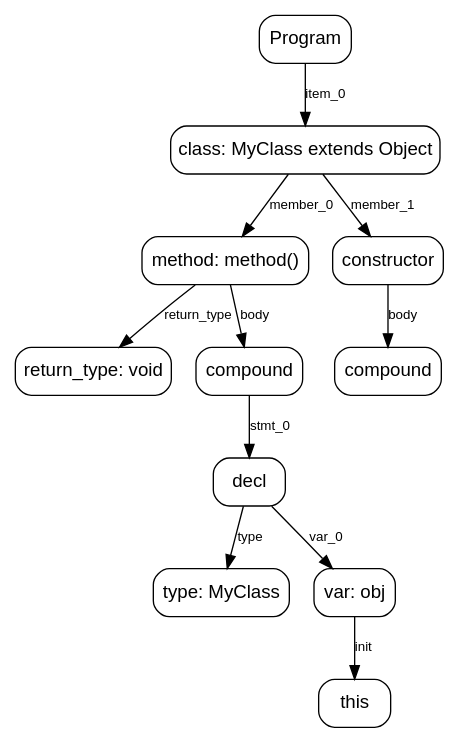
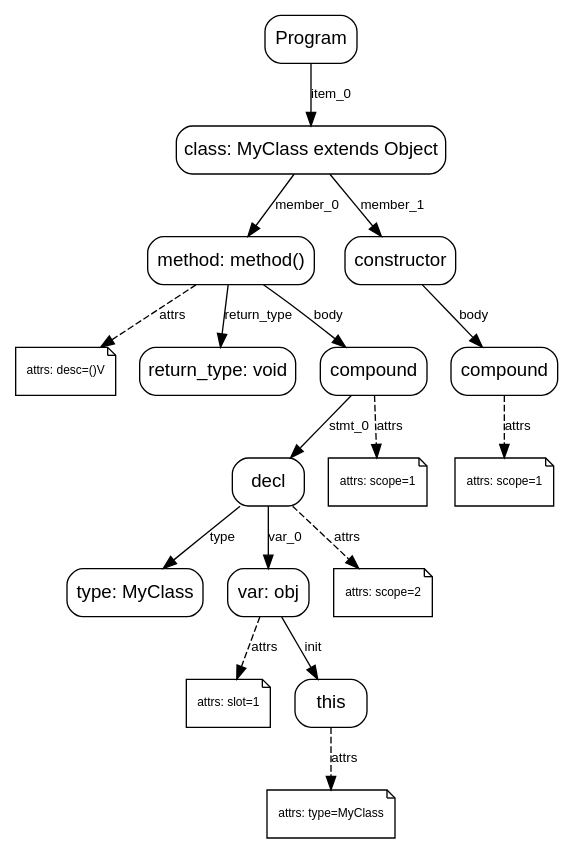
One commit to urnurii/d_language_compiler changed the diagram in full_parser/tests_syntax/test_results/test_this.dot. Above: the diagram before and after it, drawn with Graphviz. The commit also changed 107 other files, not shown here.

```diff
--- a/full_parser/tests_syntax/test_results/test_this.dot
+++ b/full_parser/tests_syntax/test_results/test_this.dot
@@ -1,29 +1,41 @@
 digraph AST {
     rankdir=TB;
     node [shape=box, style=rounded, fontname="Arial"];
     edge [fontname="Arial", fontsize=10];
 
     node_0 [label="Program"];
     node_1 [label="class: MyClass extends Object"];
     node_3 [label="method: method()"];
-    node_4 [label="return_type: void"];
-    node_3 -> node_4 [label="return_type"];
-    node_5 [label="compound"];
-    node_6 [label="decl"];
-    node_6 [label="decl"];
-    node_7 [label="type: MyClass"];
-    node_6 -> node_7 [label="type"];
-    node_8 [label="var: obj"];
-    node_6 -> node_8 [label="var_0"];
-    node_9 [label="this"];
-    node_9 [label="this"];
-    node_8 -> node_9 [label="init"];
-    node_5 -> node_6 [label="stmt_0"];
-    node_3 -> node_5 [label="body"];
+    node_4 [label="attrs: desc=()V", shape=note, fontsize=9];
+    node_3 -> node_4 [style=dashed, label="attrs"];
+    node_5 [label="return_type: void"];
+    node_3 -> node_5 [label="return_type"];
+    node_6 [label="compound"];
+    node_7 [label="decl"];
+    node_7 [label="decl"];
+    node_8 [label="type: MyClass"];
+    node_7 -> node_8 [label="type"];
+    node_9 [label="var: obj"];
+    node_7 -> node_9 [label="var_0"];
+    node_10 [label="attrs: slot=1", shape=note, fontsize=9];
+    node_9 -> node_10 [style=dashed, label="attrs"];
+    node_11 [label="this"];
+    node_11 [label="this"];
+    node_12 [label="attrs: type=MyClass", shape=note, fontsize=9];
+    node_11 -> node_12 [style=dashed, label="attrs"];
+    node_9 -> node_11 [label="init"];
+    node_13 [label="attrs: scope=2", shape=note, fontsize=9];
+    node_7 -> node_13 [style=dashed, label="attrs"];
+    node_6 -> node_7 [label="stmt_0"];
+    node_14 [label="attrs: scope=1", shape=note, fontsize=9];
+    node_6 -> node_14 [style=dashed, label="attrs"];
+    node_3 -> node_6 [label="body"];
     node_1 -> node_3 [label="member_0"];
-    node_11 [label="constructor"];
-    node_12 [label="compound"];
-    node_11 -> node_12 [label="body"];
-    node_1 -> node_11 [label="member_1"];
+    node_16 [label="constructor"];
+    node_17 [label="compound"];
+    node_18 [label="attrs: scope=1", shape=note, fontsize=9];
+    node_17 -> node_18 [style=dashed, label="attrs"];
+    node_16 -> node_17 [label="body"];
+    node_1 -> node_16 [label="member_1"];
     node_0 -> node_1 [label="item_0"];
 }
```
